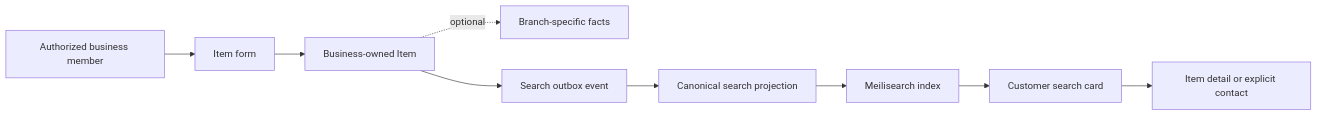
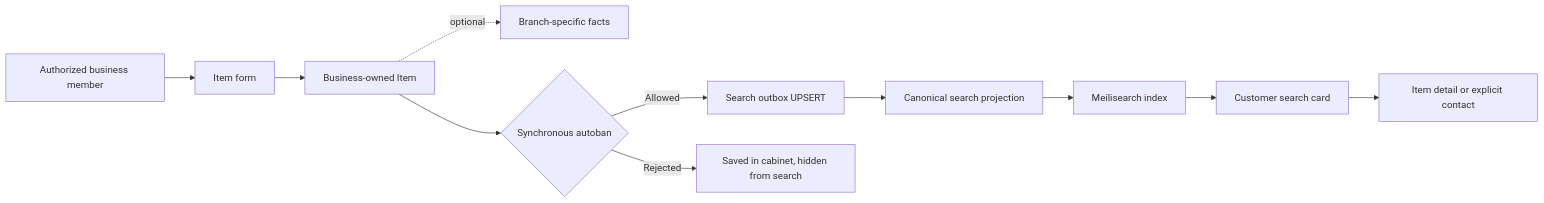
One commit to Siirio/AskBackend changed the diagram in AI_Knowledge/features/item/flow.md. Above: the diagram before and after it, drawn with Mermaid. The commit also changed other lines of this file and 77 other files, not shown here.

````diff
--- a/AI_Knowledge/features/item/flow.md
+++ b/AI_Knowledge/features/item/flow.md
@@ -3,11 +3,13 @@
 ```mermaid
 flowchart LR
     M[Authorized business member] --> F[Item form]
     F --> I[Business-owned Item]
     I -. optional .-> B[Branch-specific facts]
-    I --> O[Search outbox event]
+    I --> A{Synchronous autoban}
+    A -->|Allowed| O[Search outbox UPSERT]
+    A -->|Rejected| H[Saved in cabinet, hidden from search]
     O --> P[Canonical search projection]
     P --> X[Meilisearch index]
     X --> S[Customer search card]
     S --> D[Item detail or explicit contact]
 ```
````
